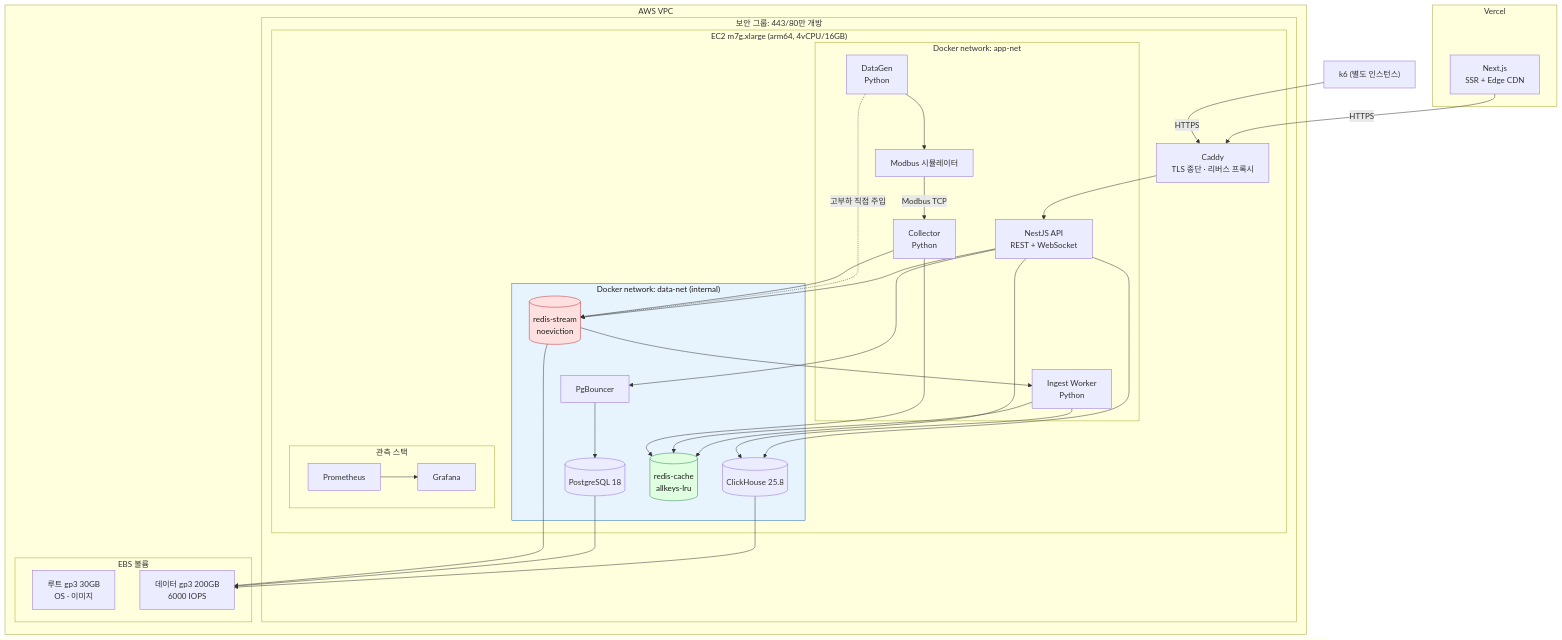
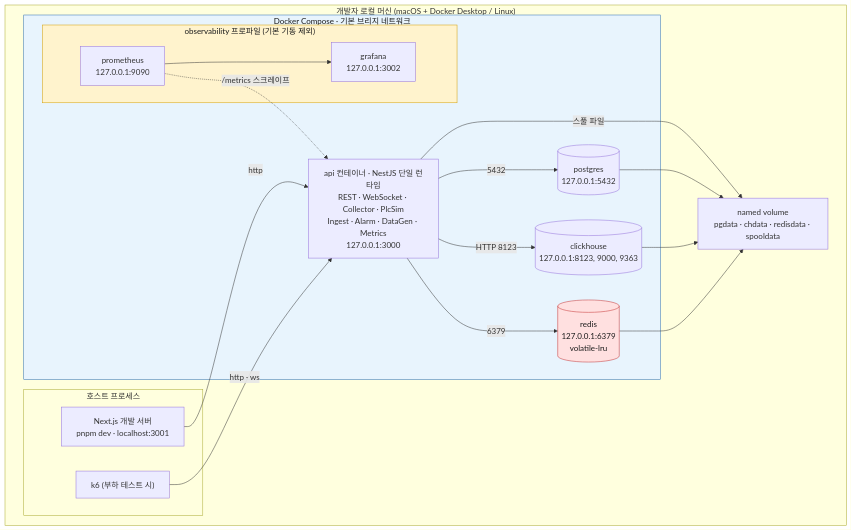
The second of 9 diagrams in architecture.md (jaepil02/db_study), drawn with Mermaid before and after one commit. The commit also changed other lines of this file and 3 other files, not shown here.

````diff
--- a/architecture.md
+++ b/architecture.md
@@ -75,65 +84,39 @@
 ```mermaid
 flowchart TB
-    subgraph EDGE["Vercel"]
-        NEXT["Next.js<br/>SSR + Edge CDN"]
-    end
+    subgraph MACHINE["개발자 로컬 머신 (macOS + Docker Desktop / Linux)"]
+        subgraph HOSTP["호스트 프로세스"]
+            NEXT["Next.js 개발 서버<br/>pnpm dev · localhost:3001"]
+            K6["k6 (부하 테스트 시)"]
+        end
 
-    subgraph VPC["AWS VPC"]
-        subgraph SG["보안 그룹: 443/80만 개방"]
-            subgraph EC2["EC2 m7g.xlarge (arm64, 4vCPU/16GB)"]
-                CADDY["Caddy<br/>TLS 종단 · 리버스 프록시"]
+        subgraph COMPOSE["Docker Compose · 기본 브리지 네트워크"]
+            API["api 컨테이너 · NestJS 단일 런타임<br/>REST · WebSocket · Collector · PlcSim<br/>Ingest · Alarm · DataGen · Metrics<br/>127.0.0.1:3000"]
+            PG[("postgres<br/>127.0.0.1:5432")]
+            CH[("clickhouse<br/>127.0.0.1:8123, 9000, 9363")]
+            RD[("redis<br/>127.0.0.1:6379<br/>volatile-lru")]
 
-                subgraph APPNET["Docker network: app-net"]
-                    API["NestJS API<br/>REST + WebSocket"]
-                    COL["Collector<br/>Python"]
-                    ING["Ingest Worker<br/>Python"]
-                    GEN["DataGen<br/>Python"]
-                    MSIM["Modbus 시뮬레이터"]
-                end
-
-                subgraph DATANET["Docker network: data-net (internal)"]
-                    PGB["PgBouncer"]
-                    PG[("PostgreSQL 18")]
-                    CH[("ClickHouse 25.8")]
-                    RS[("redis-stream<br/>noeviction")]
-                    RC[("redis-cache<br/>allkeys-lru")]
-                end
-
-                subgraph OBS["관측 스택"]
-                    PROM["Prometheus"]
-                    GRAF["Grafana"]
-                end
+            subgraph OBSP["observability 프로파일 (기본 기동 제외)"]
+                PROM["prometheus<br/>127.0.0.1:9090"]
+                GRAF["grafana<br/>127.0.0.1:3002"]
             end
         end
 
-        subgraph EBS["EBS 볼륨"]
-            VROOT["루트 gp3 30GB<br/>OS · 이미지"]
-            VDATA["데이터 gp3 200GB<br/>6000 IOPS"]
-        end
+        VOL["named volume<br/>pgdata · chdata · redisdata · spooldata"]
     end
 
-    LOADGEN["k6 (별도 인스턴스)"]
+    NEXT -->|"http"| API
+    K6 -->|"http · ws"| API
+    API -->|"5432"| PG
+    API -->|"HTTP 8123"| CH
+    API -->|"6379"| RD
+    PROM -.->|"/metrics 스크레이프"| API
+    PROM --> GRAF
+    API -->|"스풀 파일"| VOL
+    PG --> VOL
+    CH --> VOL
+    RD --> VOL
 
-    NEXT -->|"HTTPS"| CADDY
-    LOADGEN -->|"HTTPS"| CADDY
-    CADDY --> API
-    API --> PGB --> PG
-    API --> CH
-    API --> RC
-    API --> RS
-    GEN --> MSIM
-    MSIM -->|"Modbus TCP"| COL
-    GEN -.->|"고부하 직접 주입"| RS
-    COL --> RS
-    RS --> ING --> CH
-    ING --> RC
-    COL --> RC
-    PROM --> GRAF
-    CH --> VDATA
-    PG --> VDATA
-    RS --> VDATA
-
-    style DATANET fill:#e8f4fd,stroke:#2b6cb0,color:#1a1a1a
-    style RS fill:#ffe0e0,stroke:#c53030,color:#1a1a1a
-    style RC fill:#e0ffe0,stroke:#2f855a,color:#1a1a1a
+    style COMPOSE fill:#e8f4fd,stroke:#2b6cb0,color:#1a1a1a
+    style RD fill:#ffe0e0,stroke:#c53030,color:#1a1a1a
+    style OBSP fill:#fff3cd,stroke:#d39e00,color:#1a1a1a
 ```
````
